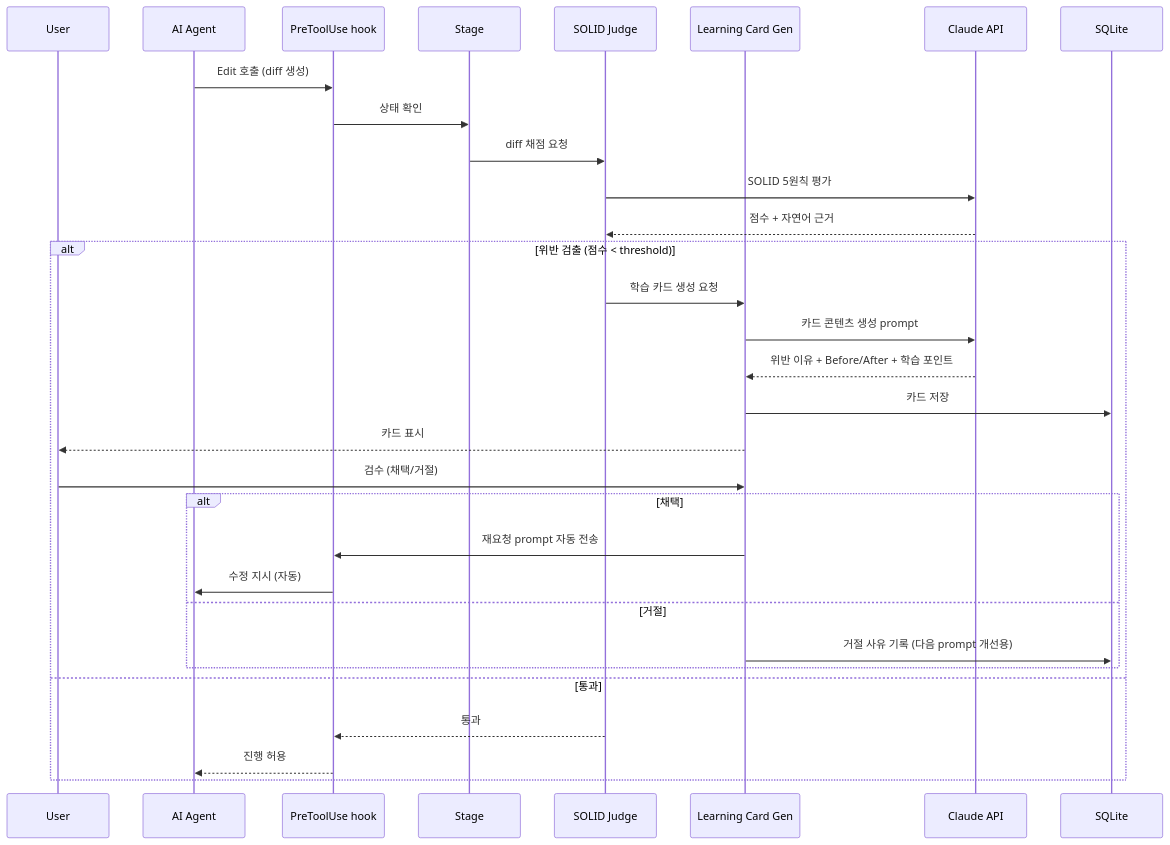
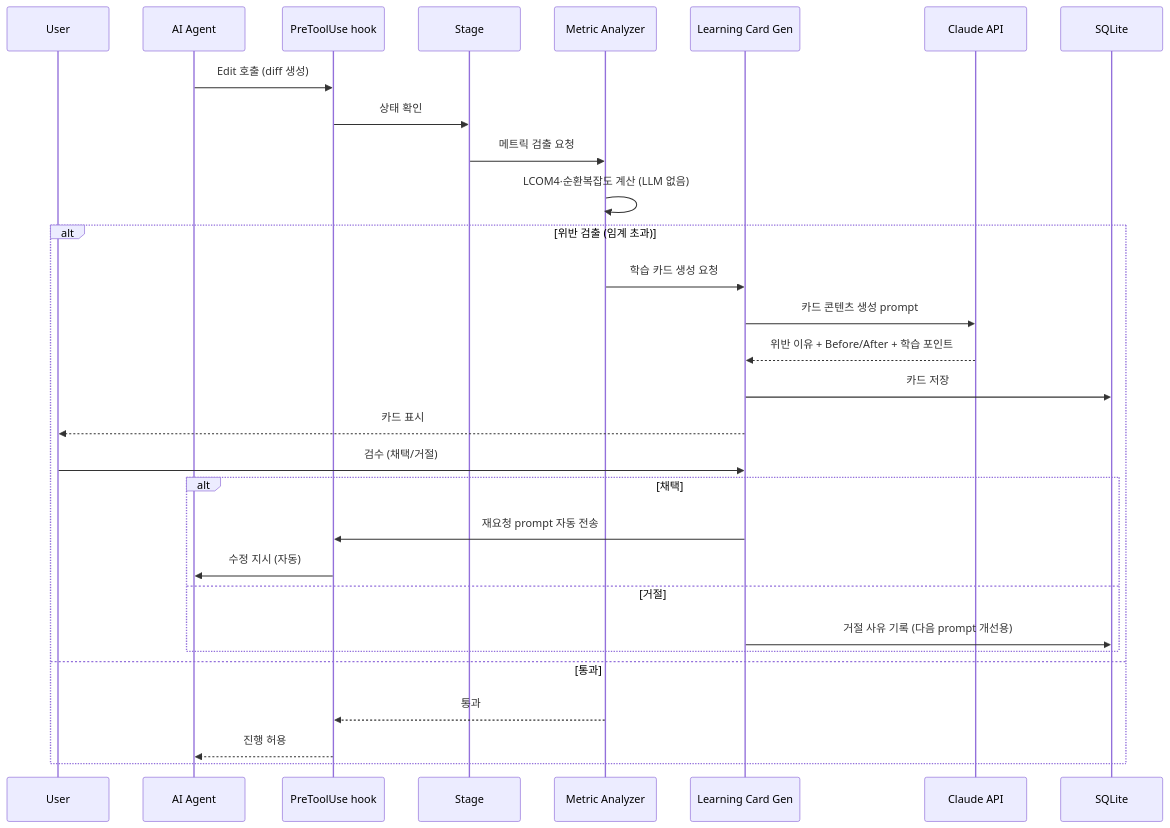
Before and after one commit to YujunOh/NaN-SE: the third of 4 diagrams in docs/ARCHITECTURE.md, drawn with Mermaid. The commit also changed other lines of this file and 5 other files, not shown here.

First line of the commit message:
피벗 전 SOLID Judge 서술 5개 문서 정리

````diff
--- a/docs/ARCHITECTURE.md
+++ b/docs/ARCHITECTURE.md
@@ -120,35 +119,34 @@
 ```mermaid
 sequenceDiagram
     participant U as User
     participant AI as AI Agent
     participant Hook as PreToolUse hook
     participant SG as Stage
-    participant SJ as SOLID Judge
+    participant SJ as Metric Analyzer
     participant LC as Learning Card Gen
     participant LLM as Claude API
     participant DB as SQLite
 
     AI->>Hook: Edit 호출 (diff 생성)
     Hook->>SG: 상태 확인
-    SG->>SJ: diff 채점 요청
-    SJ->>LLM: SOLID 5원칙 평가
-    LLM-->>SJ: 점수 + 자연어 근거
+    SG->>SJ: 메트릭 검출 요청
+    SJ->>SJ: LCOM4·순환복잡도 계산 (LLM 없음)
 
-    alt 위반 검출 (점수 < threshold)
+    alt 위반 검출 (임계 초과)
         SJ->>LC: 학습 카드 생성 요청
         LC->>LLM: 카드 콘텐츠 생성 prompt
         LLM-->>LC: 위반 이유 + Before/After + 학습 포인트
         LC->>DB: 카드 저장
         LC-->>U: 카드 표시
         U->>LC: 검수 (채택/거절)
         alt 채택
             LC->>Hook: 재요청 prompt 자동 전송
             Hook->>AI: 수정 지시 (자동)
         else 거절
             LC->>DB: 거절 사유 기록 (다음 prompt 개선용)
         end
     else 통과
         SJ-->>Hook: 통과
         Hook-->>AI: 진행 허용
     end
 ```
````
